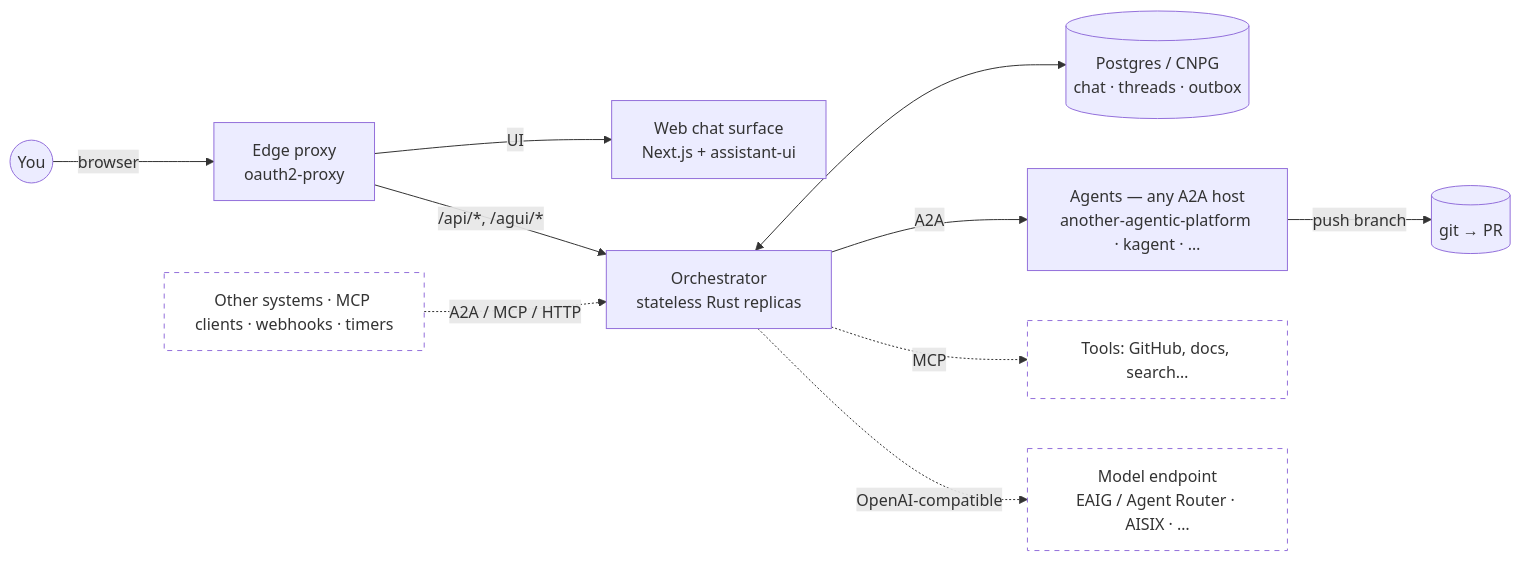
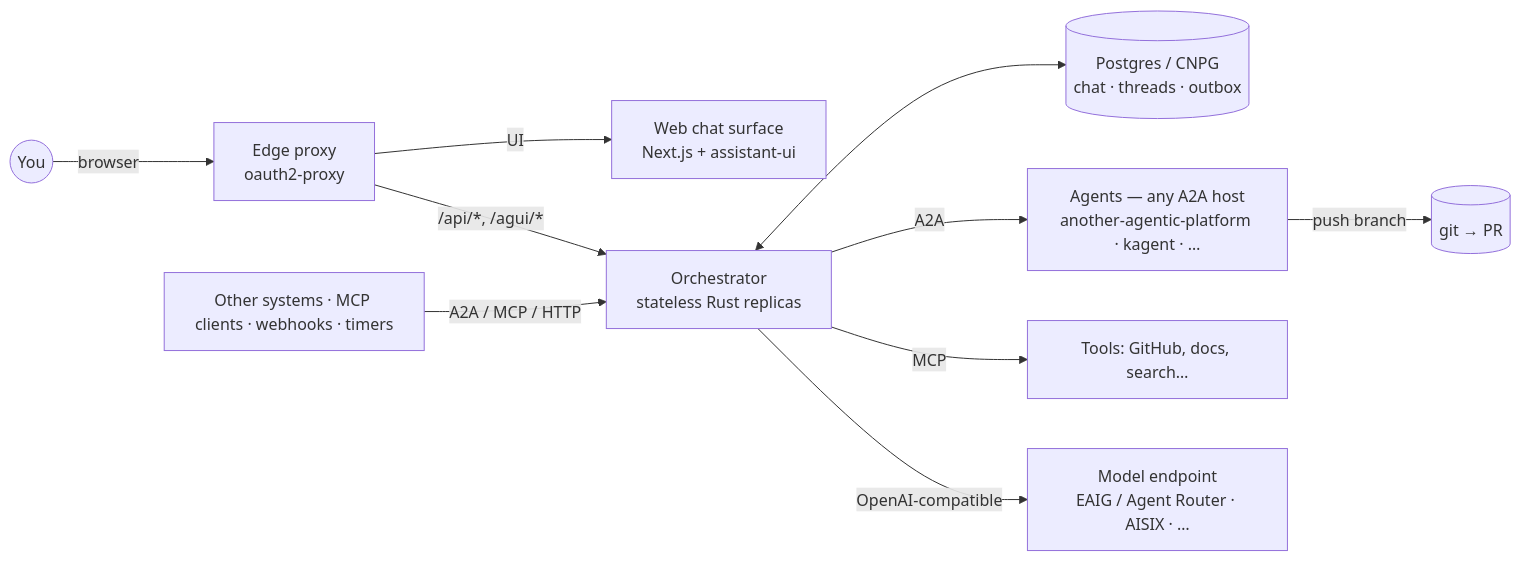
Before and after one commit to vymalo/another-agentic-system: the diagram in README.md, drawn with Mermaid. The commit also changed other lines of this file and 9 other files, not shown here.

````diff
--- a/README.md
+++ b/README.md
@@ -31,13 +40,12 @@
 ```mermaid
 flowchart LR
   you((You)) -- browser --> edge[Edge proxy<br/>oauth2-proxy]
   edge -- UI --> cp[Web chat surface<br/>Next.js + assistant-ui]
   edge -- "/api/*, /agui/*" --> orch[Orchestrator<br/>stateless Rust replicas]
   orch <--> db[(Postgres / CNPG<br/>chat · threads · outbox)]
   orch -- A2A --> agents[Agents — any A2A host<br/>another-agentic-platform · kagent · …]
   agents -- push branch --> git[(git → PR)]
-  ext[Other systems · MCP clients · webhooks · timers]:::planned -. A2A / MCP / HTTP .-> orch
-  orch -. MCP .-> tools[Tools: GitHub, docs, search…]:::planned
-  orch -. OpenAI-compatible .-> gw[Model endpoint<br/>EAIG / Agent Router · AISIX · …]:::planned
-  classDef planned stroke-dasharray: 5 5,fill:none
+  ext[Other systems · MCP clients · webhooks · timers] -- A2A / MCP / HTTP --> orch
+  orch -- MCP --> tools[Tools: GitHub, docs, search…]
+  orch -- OpenAI-compatible --> gw[Model endpoint<br/>EAIG / Agent Router · AISIX · …]
 ```
````
